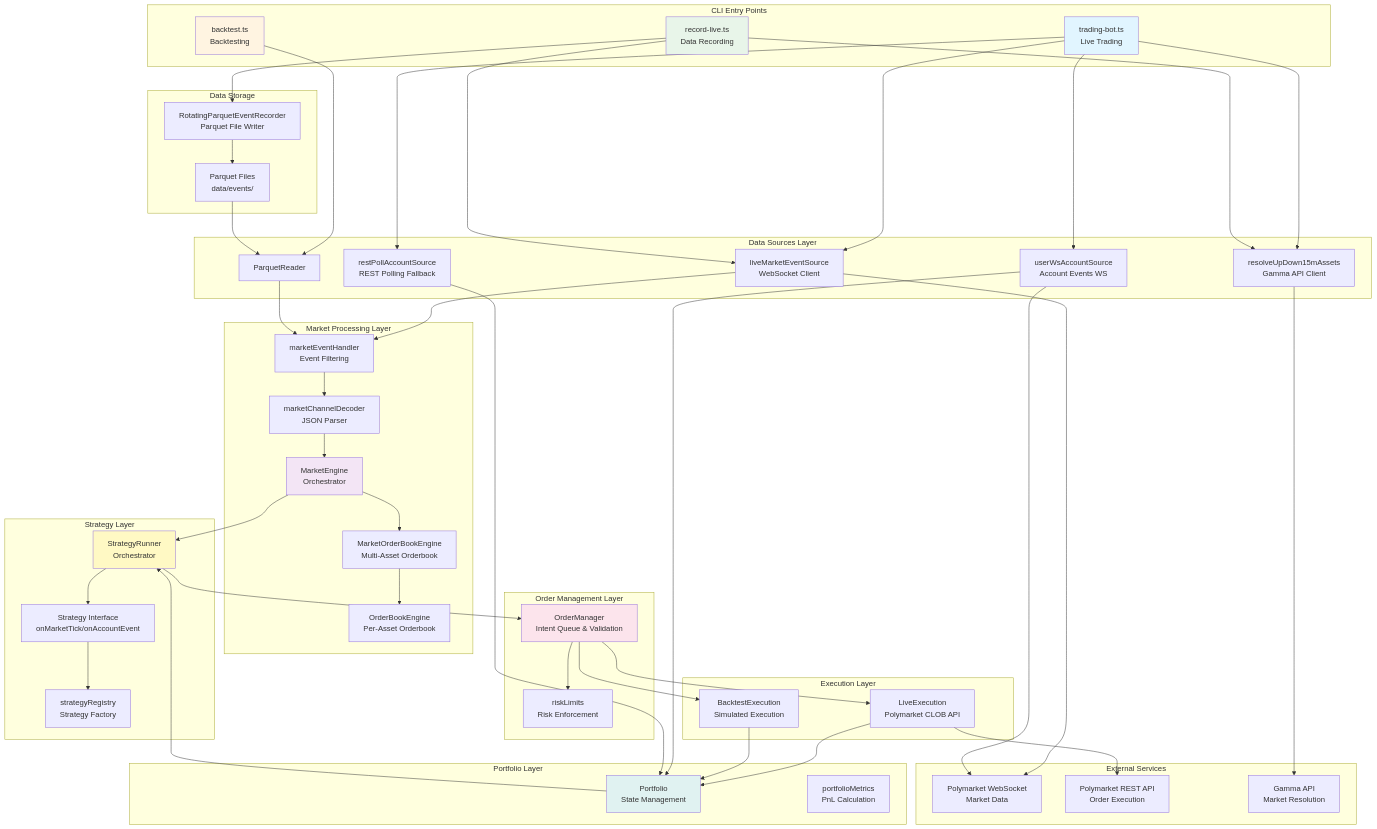
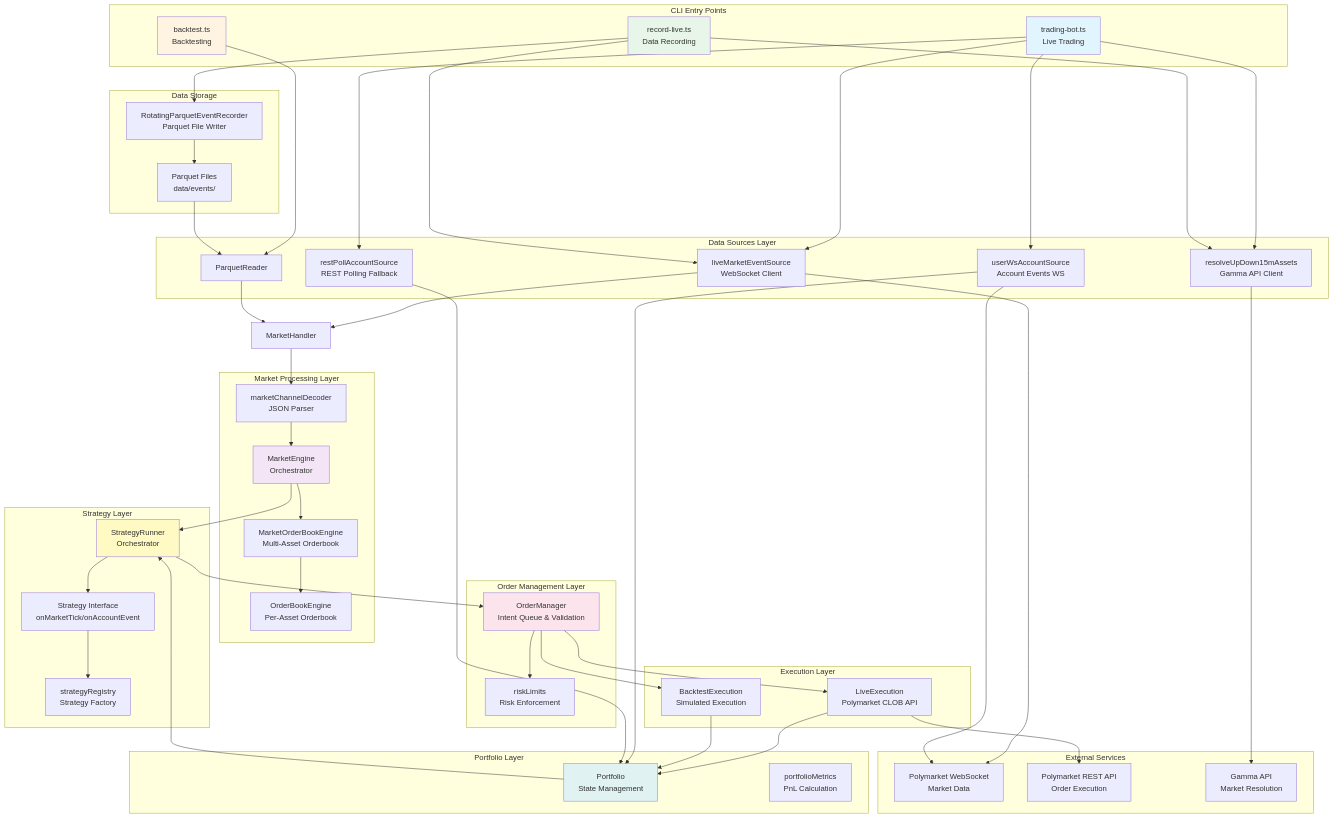
The first of 2 diagrams in docs/ARCHITECTURE.md (ivanmijatovic89/polymarket-bot), drawn with Mermaid before and after one commit. The commit also changed 4 other files, not shown here.

Commit message:
Refactor event handling in CLI scripts to replace MarketEventHandler with RawEventIndexer, enhancing event processing and indexing capabilities. Update README to reflect changes in file structure and functionality.

```diff
--- a/docs/ARCHITECTURE.md
+++ b/docs/ARCHITECTURE.md
@@ -20,7 +20,6 @@
 
     subgraph "Market Processing Layer"
         MarketEngine[ MarketEngine<br/>Orchestrator ]
-        MarketHandler[ marketEventHandler<br/>Event Filtering ]
         Decoder[ marketChannelDecoder<br/>JSON Parser ]
         OrderBookEngine[ MarketOrderBookEngine<br/>Multi-Asset Orderbook ]
         SingleBook[ OrderBookEngine<br/>Per-Asset Orderbook ]
```
